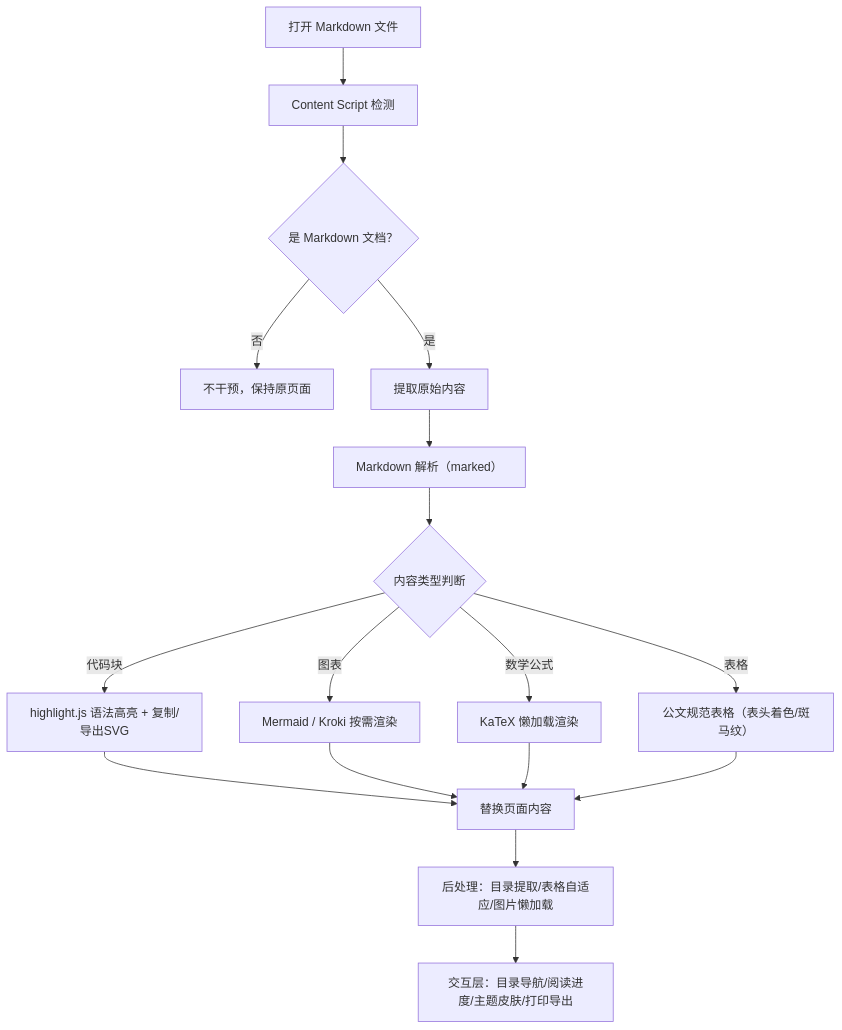
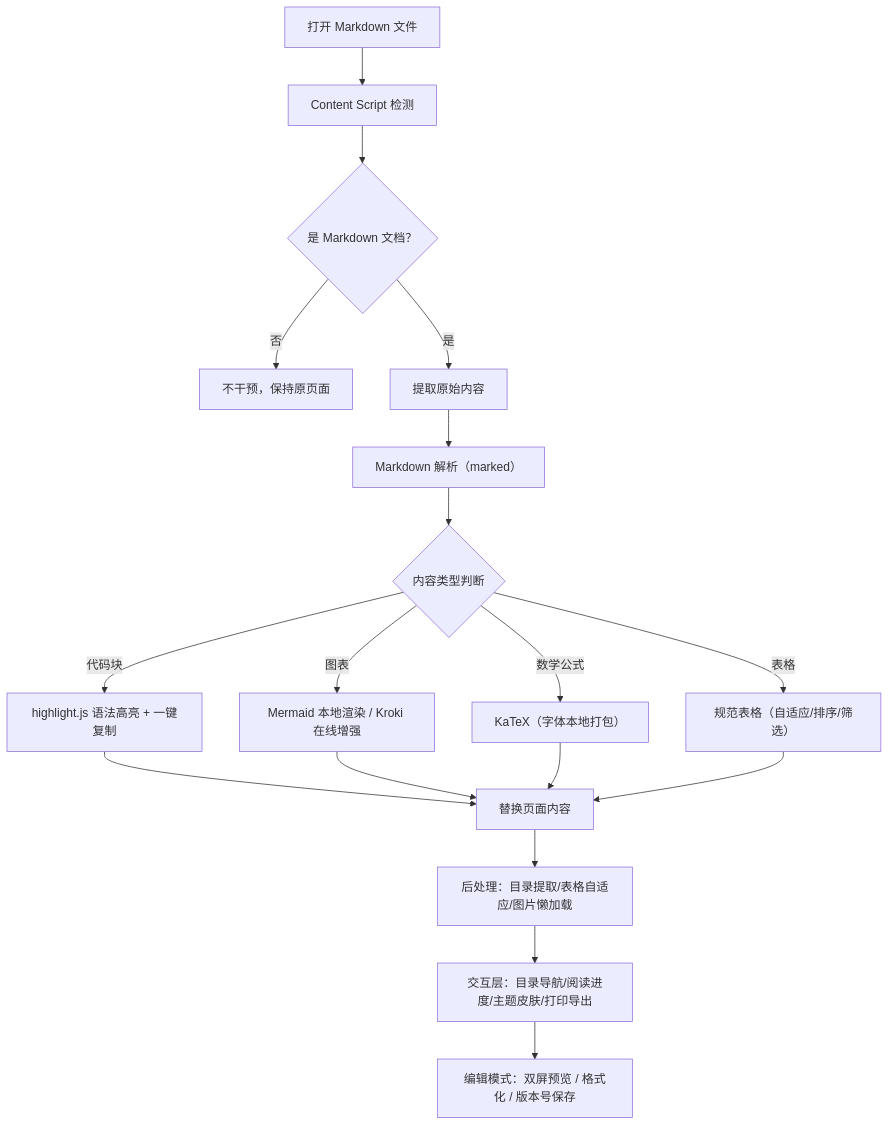
One commit to YaYII/Readmdvue changed the second of 2 diagrams in README.md. Above: the diagram before and after it, drawn with Mermaid. The commit also changed other lines of this file and 6 other files, not shown here.

````diff
--- a/README.md
+++ b/README.md
@@ -61,16 +146,17 @@
 ```mermaid
 flowchart TD
     A[打开 Markdown 文件] --> B[Content Script 检测]
     B --> C{是 Markdown 文档？}
     C -- 否 --> Z["不干预，保持原页面"]
     C -- 是 --> D[提取原始内容]
     D --> E["Markdown 解析（marked）"]
     E --> F{"内容类型判断"}
-    F -- 代码块 --> G["highlight.js 语法高亮 + 复制/导出SVG"]
-    F -- 图表 --> H[Mermaid / Kroki 按需渲染]
-    F -- 数学公式 --> I[KaTeX 懒加载渲染]
-    F -- 表格 --> J["公文规范表格（表头着色/斑马纹）"]
+    F -- 代码块 --> G["highlight.js 语法高亮 + 一键复制"]
+    F -- 图表 --> H["Mermaid 本地渲染 / Kroki 在线增强"]
+    F -- 数学公式 --> I["KaTeX（字体本地打包）"]
+    F -- 表格 --> J["规范表格（自适应/排序/筛选）"]
     G & H & I & J --> K[替换页面内容]
     K --> L[后处理：目录提取/表格自适应/图片懒加载]
     L --> M[交互层：目录导航/阅读进度/主题皮肤/打印导出]
+    M --> N[编辑模式：双屏预览 / 格式化 / 版本号保存]
 ```
````
